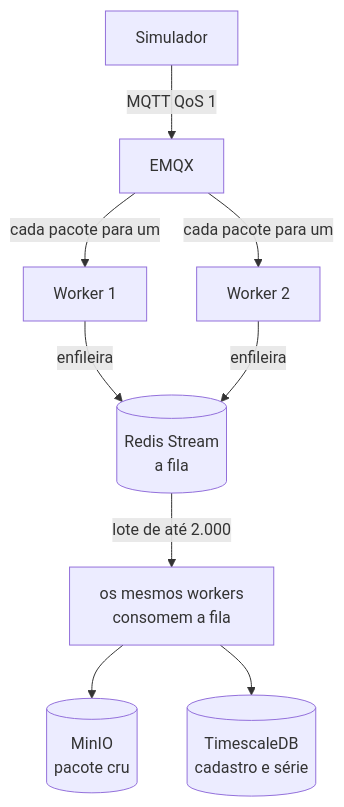
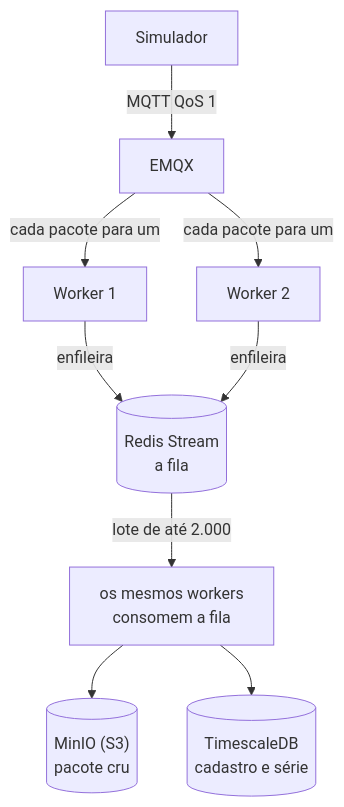
The first of 2 diagrams in README.md (fersasil/diel-teste), drawn with Mermaid before and after one commit. The commit also changed other lines of this file, not shown here.

Commit message:
Diz no README que o MinIO é um armazenamento compatível com S3.
O diagrama e o ponto do cru imutável passam a nomear o S3 junto do MinIO.

````diff
--- a/README.md
+++ b/README.md
@@ -56,11 +56,11 @@
 ```mermaid
 flowchart TB
   sim[Simulador] -->|MQTT QoS 1| emqx[EMQX]
   emqx -->|cada pacote para um| w1[Worker 1]
   emqx -->|cada pacote para um| w2[Worker 2]
   w1 -->|enfileira| fila[("Redis Stream<br/>a fila")]
   w2 -->|enfileira| fila
   fila -->|lote de até 2.000| consome["os mesmos workers<br/>consomem a fila"]
-  consome --> minio[("MinIO<br/>pacote cru")]
+  consome --> minio[("MinIO (S3)<br/>pacote cru")]
   consome --> db[("TimescaleDB<br/>cadastro e série")]
 ```
````
